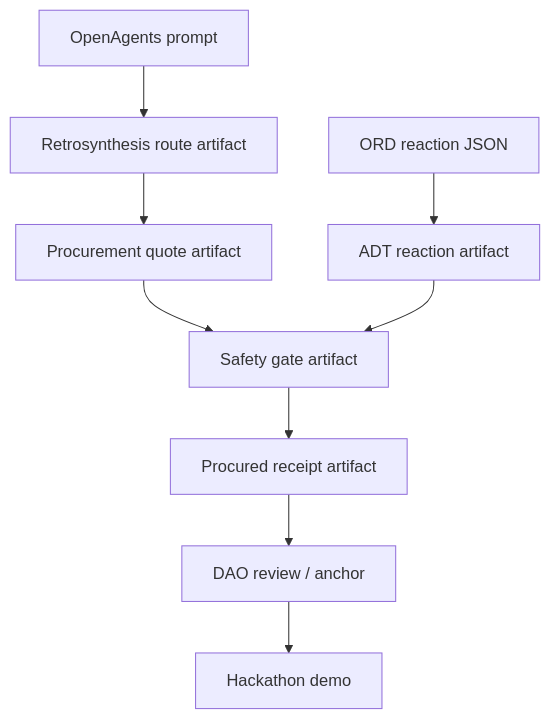
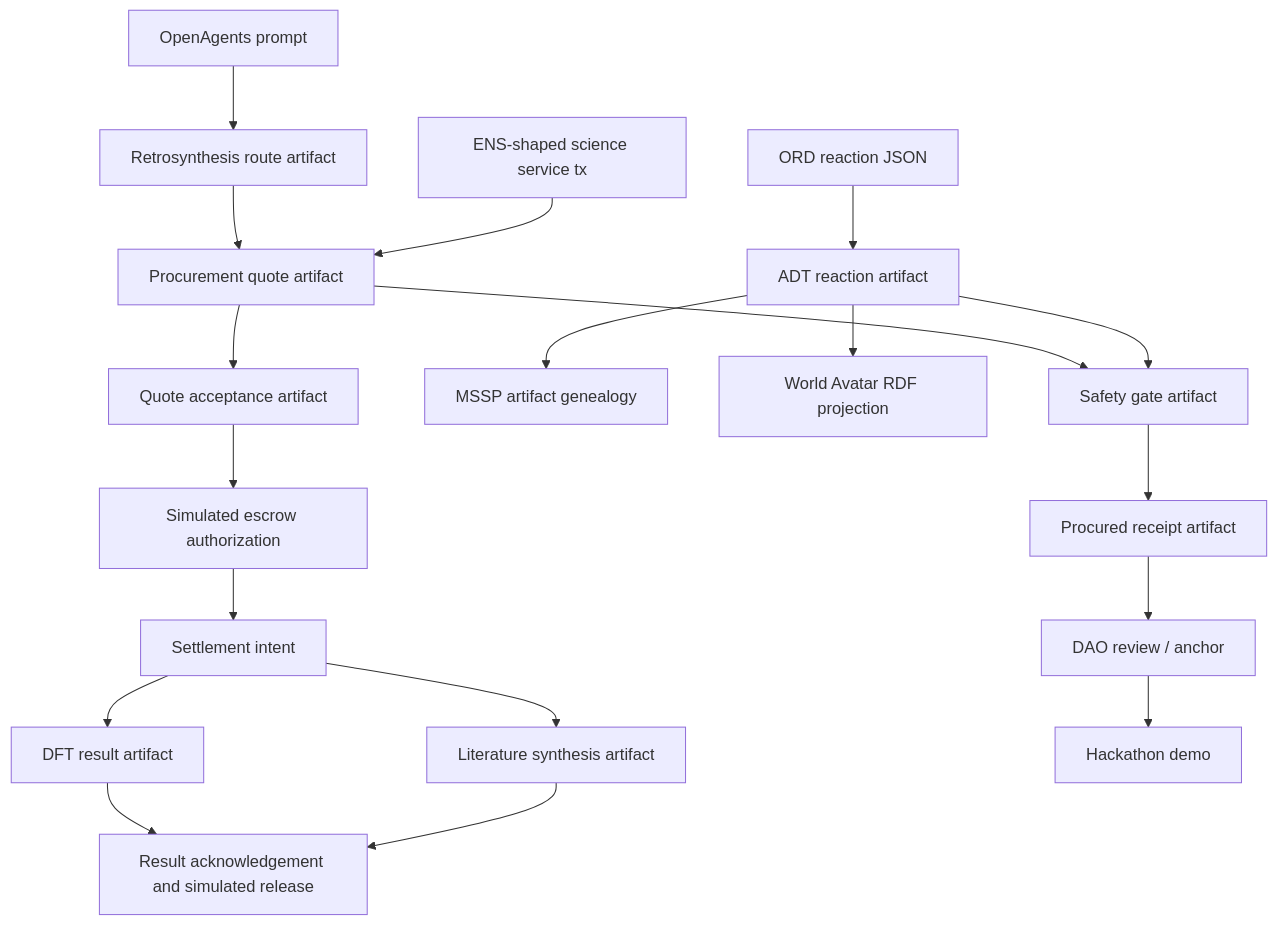
One commit to xchemtina/ethglobal-openagents changed the diagram in docs/HACKATHON.md. Above: the diagram before and after it, drawn with Mermaid. The commit also changed other lines of this file and 16 other files, not shown here.

First line of the commit message:
feat: add signed artifact DAG runtime, lab-swarm world model, and science settlement lifecycle

````diff
--- a/docs/HACKATHON.md
+++ b/docs/HACKATHON.md
@@ -32,11 +36,21 @@
 ```mermaid
 flowchart TD
     Start[OpenAgents prompt] --> Route[Retrosynthesis route artifact]
     Route --> Quote[Procurement quote artifact]
     Quote --> Safety[Safety gate artifact]
     Safety --> Receipt[Procured receipt artifact]
     ORD[ORD reaction JSON] --> ADT[ADT reaction artifact]
     ADT --> Safety
+    ADT --> MSSP[MSSP artifact genealogy]
+    ADT --> RDF[World Avatar RDF projection]
+    Market[ENS-shaped science service tx] --> Quote
+    Quote --> Acceptance[Quote acceptance artifact]
+    Acceptance --> Escrow[Simulated escrow authorization]
+    Escrow --> Settlement[Settlement intent]
+    Settlement --> DFT[DFT result artifact]
+    Settlement --> Literature[Literature synthesis artifact]
+    DFT --> Release[Result acknowledgement and simulated release]
+    Literature --> Release
     Receipt --> DAO[DAO review / anchor]
     DAO --> Video[Hackathon demo]
 ```
````
